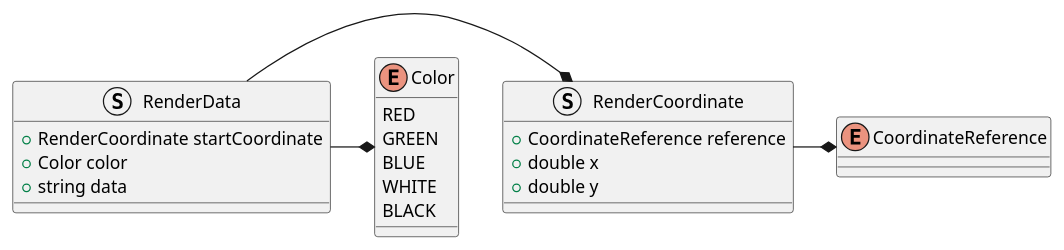
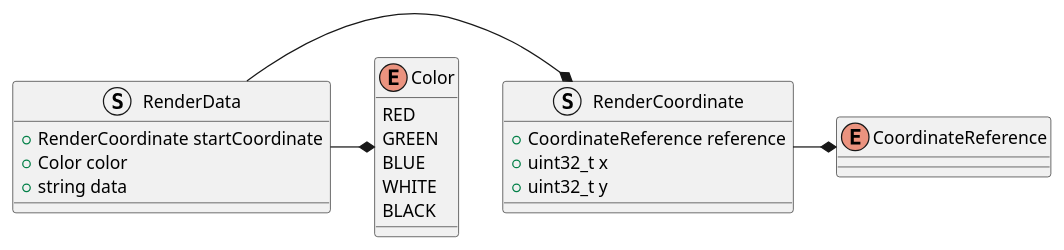
One commit to dgitz/eros changed the diagram in doc/SystemMonitor/DataStructures.puml. Above: the diagram before and after it, drawn with PlantUML. The commit also changed 26 other files, not shown here.

```diff
--- a/doc/SystemMonitor/DataStructures.puml
+++ b/doc/SystemMonitor/DataStructures.puml
@@ -1,26 +1,26 @@
 @startuml
 enum CoordinateReference {
 
 }
 enum Color {
     RED
     GREEN
     BLUE
     WHITE
     BLACK
 }
 struct RenderCoordinate {
     +CoordinateReference reference
-    +double x
-    +double y
+    +uint32_t x
+    +uint32_t y
 }
 RenderCoordinate -* CoordinateReference
 struct RenderData {
     +RenderCoordinate startCoordinate
     +Color color
     +string data
 
 }
 RenderData -* RenderCoordinate
 RenderData -* Color
 @enduml
```
